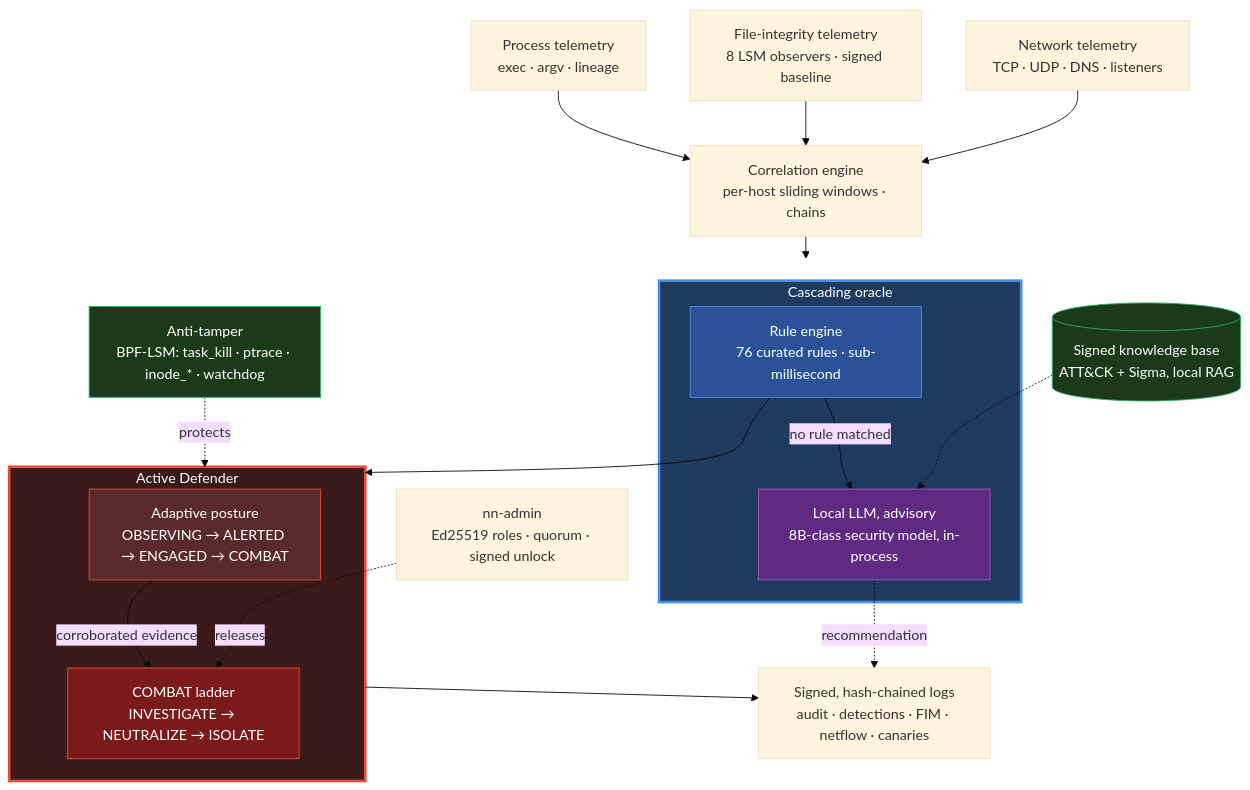
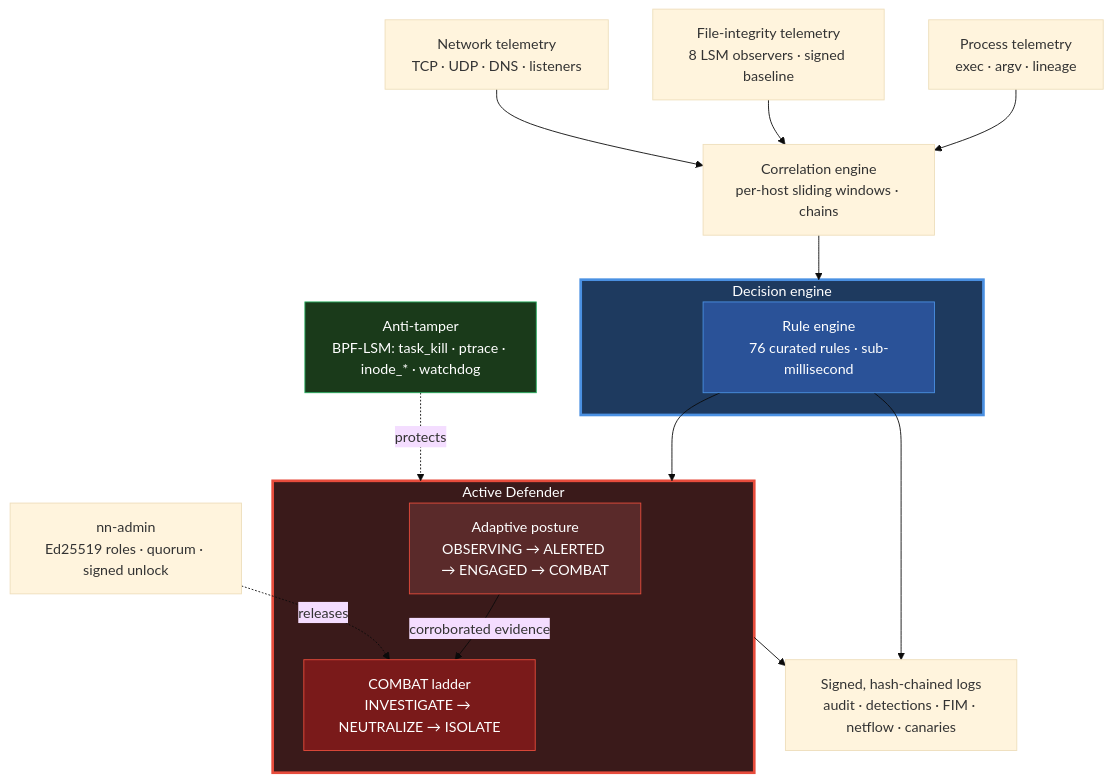
The diagram in README.md (northnarrow/northnarrow-new), drawn with Mermaid (base theme) before and after one commit. The commit also changed other lines of this file and 269 other files, not shown here.

````diff
--- a/README.md
+++ b/README.md
@@ -55,44 +55,38 @@
 ```mermaid
 flowchart TD
     PM[Process telemetry<br/>exec · argv · lineage]
     FIM[File-integrity telemetry<br/>8 LSM observers · signed baseline]
     NET[Network telemetry<br/>TCP · UDP · DNS · listeners]
     CE[Correlation engine<br/>per-host sliding windows · chains]
 
-    subgraph CO["Cascading oracle"]
+    subgraph CO["Decision engine"]
         HO[Rule engine<br/>76 curated rules · sub-millisecond]
-        LO[Local LLM, advisory<br/>8B-class security model, in-process]
-        HO -->|no rule matched| LO
     end
 
-    subgraph ADE["Active Defender"]
+    subgraph AD["Active Defender"]
         STATE[Adaptive posture<br/>OBSERVING → ALERTED → ENGAGED → COMBAT]
         LADDER[COMBAT ladder<br/>INVESTIGATE → NEUTRALIZE → ISOLATE]
         STATE -->|corroborated evidence| LADDER
     end
 
     AT[Anti-tamper<br/>BPF-LSM: task_kill · ptrace · inode_* · watchdog]
-    KB[(Signed knowledge base<br/>ATT&CK + Sigma, local RAG)]
     AUD[Signed, hash-chained logs<br/>audit · detections · FIM · netflow · canaries]
     ADM[nn-admin<br/>Ed25519 roles · quorum · signed unlock]
 
     PM --> CE
     FIM --> CE
     NET --> CE
     CE --> CO
-    KB -.-> LO
-    HO --> ADE
-    LO -.recommendation.-> AUD
-    ADE --> AUD
-    AT -.protects.-> ADE
+    HO --> AD
+    HO --> AUD
+    AD --> AUD
+    AT -.protects.-> AD
     ADM -.releases.-> LADDER
 
     style CO fill:#1e3a5f,stroke:#4a90e2,stroke-width:3px,color:#fff
     style HO fill:#2a5298,stroke:#4a90e2,color:#fff
-    style LO fill:#5e2a82,stroke:#9b59b6,color:#fff
-    style ADE fill:#3a1a1a,stroke:#e74c3c,stroke-width:3px,color:#fff
+    style AD fill:#3a1a1a,stroke:#e74c3c,stroke-width:3px,color:#fff
     style STATE fill:#5a2a2a,stroke:#e74c3c,color:#fff
     style LADDER fill:#7a1a1a,stroke:#e74c3c,color:#fff
     style AT fill:#1a3a1a,stroke:#27ae60,color:#fff
-    style KB fill:#1a3a1a,stroke:#27ae60,color:#fff
 ```
````
